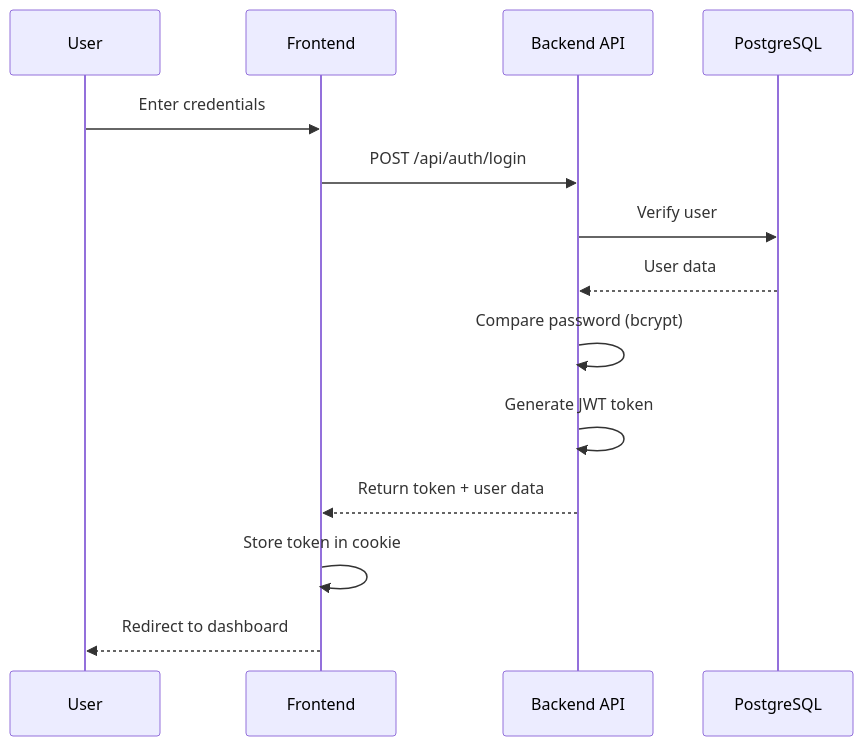
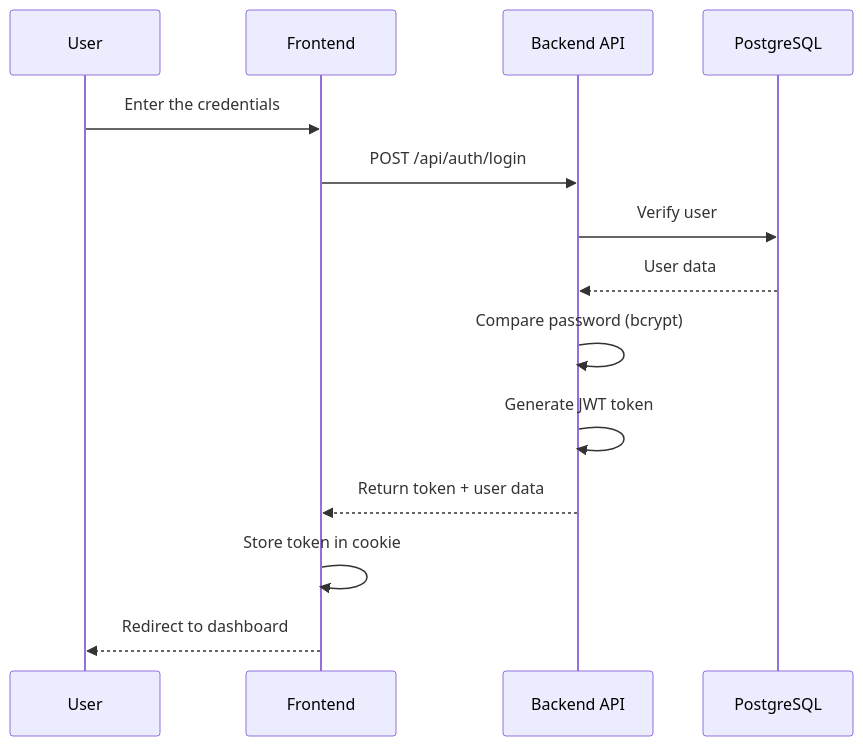
The first of 3 diagrams in README.md (pragatmittal/CodeMitra), drawn with Mermaid before and after one commit.

Commit message:
Fix typo in user authentication flow sequence diagram

````diff
--- a/README.md
+++ b/README.md
@@ -207,12 +207,12 @@
 ```mermaid
 sequenceDiagram
-    User->>Frontend: Enter credentials
+    User->>Frontend: Enter the credentials
     Frontend->>Backend API: POST /api/auth/login
     Backend API->>PostgreSQL: Verify user
     PostgreSQL-->>Backend API: User data
     Backend API->>Backend API: Compare password (bcrypt)
     Backend API->>Backend API: Generate JWT token
     Backend API-->>Frontend: Return token + user data
     Frontend->>Frontend: Store token in cookie
     Frontend-->>User: Redirect to dashboard
 ```
````
